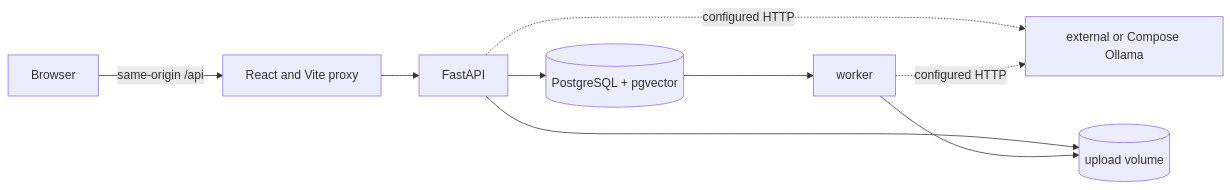
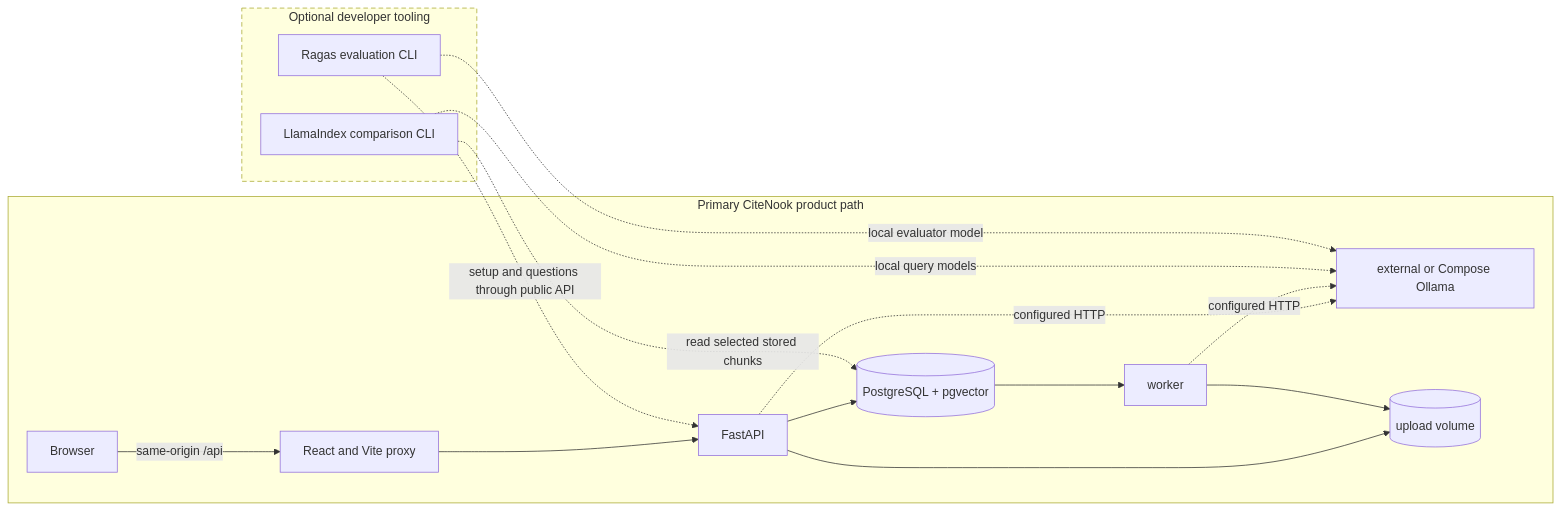
The diagram in docs/architecture.md (kereszteszsolt/cite-nook-ai), drawn with Mermaid before and after one commit. The commit also changed other lines of this file and 7 other files, not shown here.

Commit message:
docs(release-0.5): verify LlamaIndex and Ragas evaluation (MRA-020)

````diff
--- a/docs/architecture.md
+++ b/docs/architecture.md
@@ -5,11 +5,25 @@
 ```mermaid
 flowchart LR
-    BROWSER[Browser] -->|same-origin /api| WEB[React and Vite proxy]
-    WEB --> API[FastAPI]
-    API --> DB[(PostgreSQL + pgvector)]
-    DB --> WORKER[worker]
-    API -. configured HTTP .-> OLLAMA[external or Compose Ollama]
-    WORKER -. configured HTTP .-> OLLAMA
-    API --> FILES[(upload volume)]
-    WORKER --> FILES
+    subgraph PRODUCT[Primary CiteNook product path]
+        BROWSER[Browser] -->|same-origin /api| WEB[React and Vite proxy]
+        WEB --> API[FastAPI]
+        API --> DB[(PostgreSQL + pgvector)]
+        DB --> WORKER[worker]
+        API -. configured HTTP .-> OLLAMA[external or Compose Ollama]
+        WORKER -. configured HTTP .-> OLLAMA
+        API --> FILES[(upload volume)]
+        WORKER --> FILES
+    end
+
+    subgraph DEV[Optional developer tooling]
+        LLAMAINDEX[LlamaIndex comparison CLI]
+        RAGAS[Ragas evaluation CLI]
+    end
+
+    LLAMAINDEX -. read selected stored chunks .-> DB
+    LLAMAINDEX -. local query models .-> OLLAMA
+    RAGAS -. setup and questions through public API .-> API
+    RAGAS -. local evaluator model .-> OLLAMA
+
+    style DEV stroke-dasharray: 6 4
 ```
````
